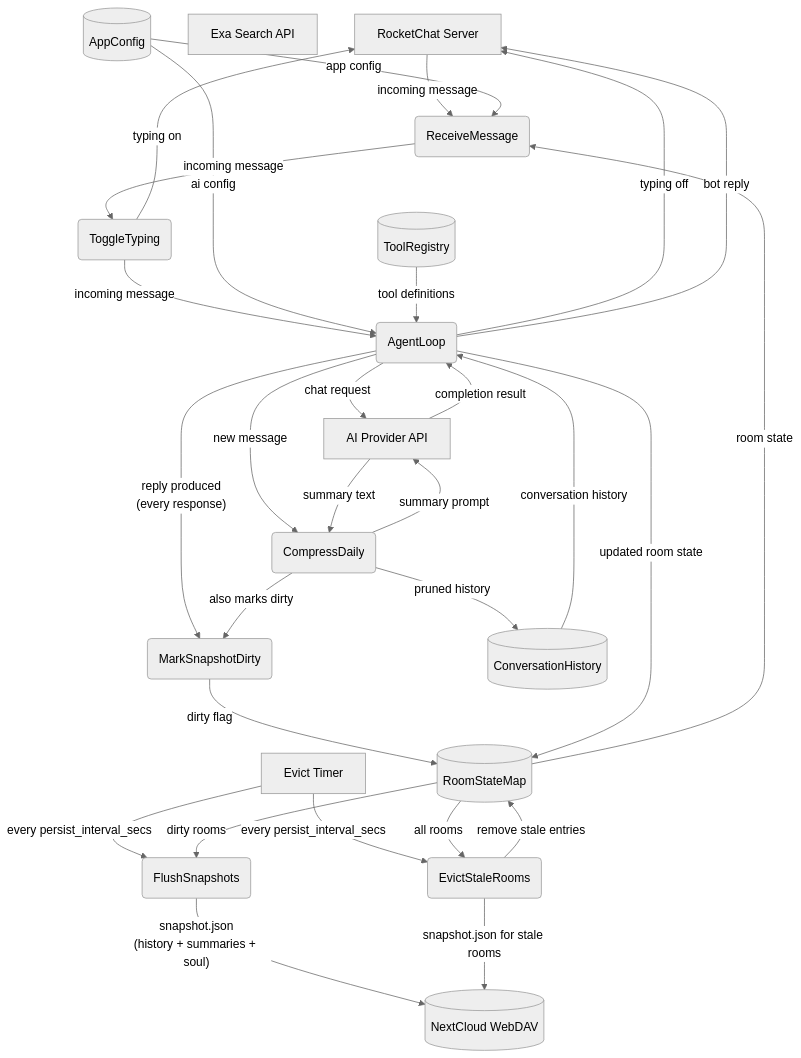
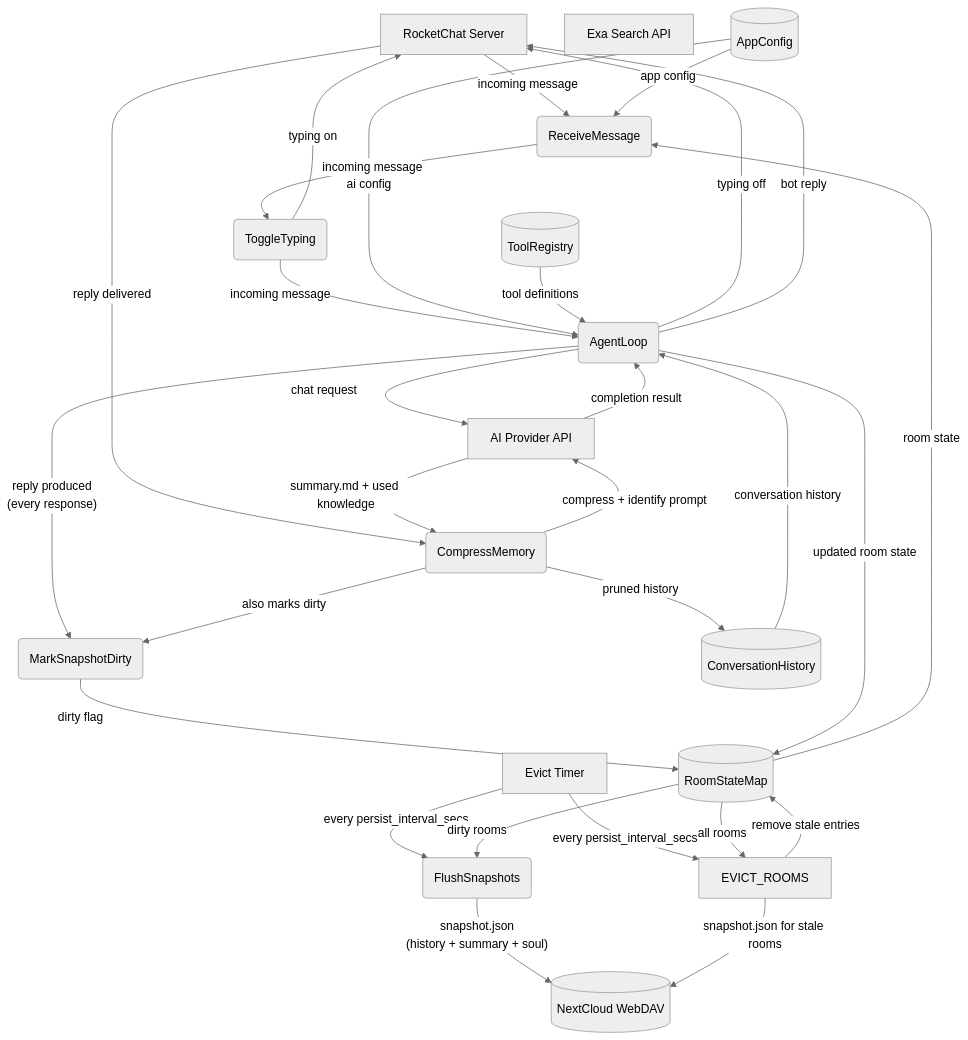
One commit to cosmoswafer/rockbot changed the first of 4 diagrams in _dfds/agent-loop.md. Above: the diagram before and after it, drawn with Mermaid (neutral theme). The commit also changed other lines of this file and 5 other files, not shown here.

First line of the commit message:
Revise DFDs: replace daily summaries with single summary.md compression

````diff
--- a/_dfds/agent-loop.md
+++ b/_dfds/agent-loop.md
@@ -27,48 +27,48 @@
 ```mermaid
 flowchart TD
     RC[RocketChat Server]
     AI[AI Provider API]
     DAV[(NextCloud WebDAV)]
     EXA[Exa Search API]
     TIMER[Evict Timer]
     DISPATCH(ReceiveMessage)
     TYPING(ToggleTyping)
     LOOP(AgentLoop)
     DIRTY(MarkSnapshotDirty)
     SNAPSHOT(FlushSnapshots)
-    ARCHIVE(CompressDaily)
-    EVICT_ROOMS(EvictStaleRooms)
+    ARCHIVE(CompressMemory)
+
     CFG[(AppConfig)]
     HISTORY[(ConversationHistory)]
     TOOLS[(ToolRegistry)]
     ROOMS[(RoomStateMap)]
 
     RC -->|"incoming message"| DISPATCH
     ROOMS -->|"room state"| DISPATCH
     CFG -->|"app config"| DISPATCH
     DISPATCH -->|"incoming message"| TYPING
     TYPING -->|"typing on"| RC
     TYPING -->|"incoming message"| LOOP
     CFG -->|"ai config"| LOOP
     HISTORY -->|"conversation history"| LOOP
     TOOLS -->|"tool definitions"| LOOP
     LOOP -->|"chat request"| AI
     AI -->|"completion result"| LOOP
     LOOP -->|"typing off"| RC
     LOOP -->|"bot reply"| RC
     LOOP -->|"reply produced<br/>(every response)"| DIRTY
     DIRTY -->|"dirty flag"| ROOMS
-    LOOP -->|"new message"| ARCHIVE
-    ARCHIVE -->|"summary prompt"| AI
-    AI -->|"summary text"| ARCHIVE
+    RC -->|"reply delivered"| ARCHIVE
+    ARCHIVE -->|"compress + identify prompt"| AI
+    AI -->|"summary.md + used knowledge"| ARCHIVE
     ARCHIVE -->|"also marks dirty"| DIRTY
     ARCHIVE -->|"pruned history"| HISTORY
     LOOP -->|"updated room state"| ROOMS
     TIMER -->|"every persist_interval_secs"| SNAPSHOT
     ROOMS -->|"dirty rooms"| SNAPSHOT
-    SNAPSHOT -->|"snapshot.json<br/>(history + summaries + soul)"| DAV
+    SNAPSHOT -->|"snapshot.json<br/>(history + summary + soul)"| DAV
     TIMER -->|"every persist_interval_secs"| EVICT_ROOMS
     ROOMS -->|"all rooms"| EVICT_ROOMS
     EVICT_ROOMS -->|"snapshot.json for stale rooms"| DAV
     EVICT_ROOMS -->|"remove stale entries"| ROOMS
 ```
````
